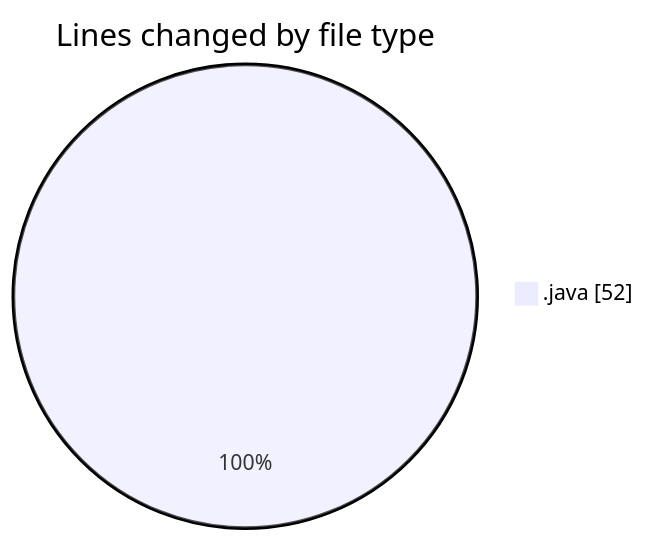
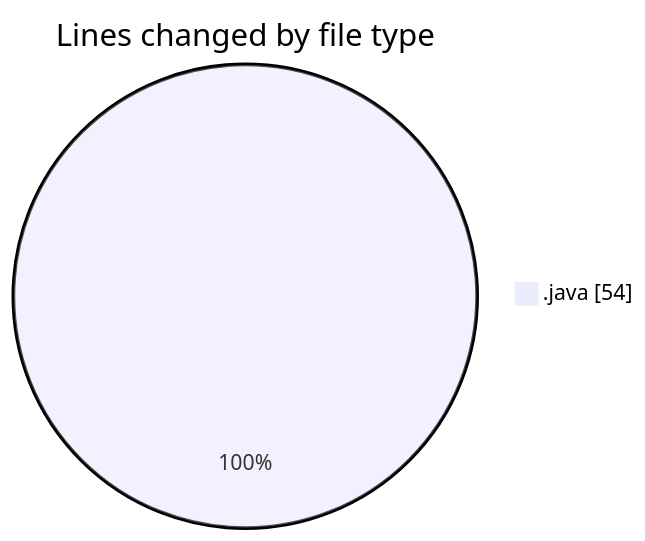
The first of 2 diagrams in 2025-03-09/filereadinprac/README.md (NitaiMahat/code-tracking), drawn with Mermaid before and after one commit. The commit also changed other lines of this file and 1 other file, not shown here.

````diff
--- a/2025-03-09/filereadinprac/README.md
+++ b/2025-03-09/filereadinprac/README.md
@@ -20,5 +20,5 @@
 ```mermaid
 pie showData
 title Lines changed by file type
-".java" : 52
+".java" : 54
 ```
````
